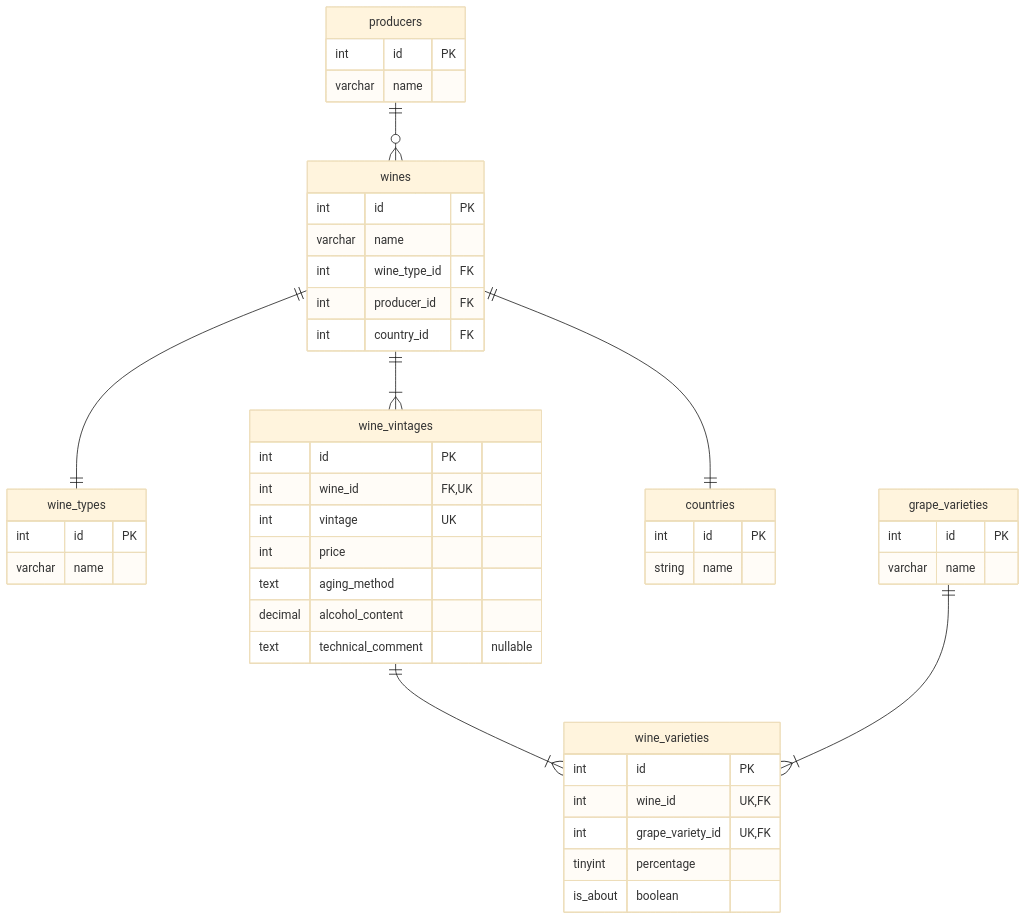
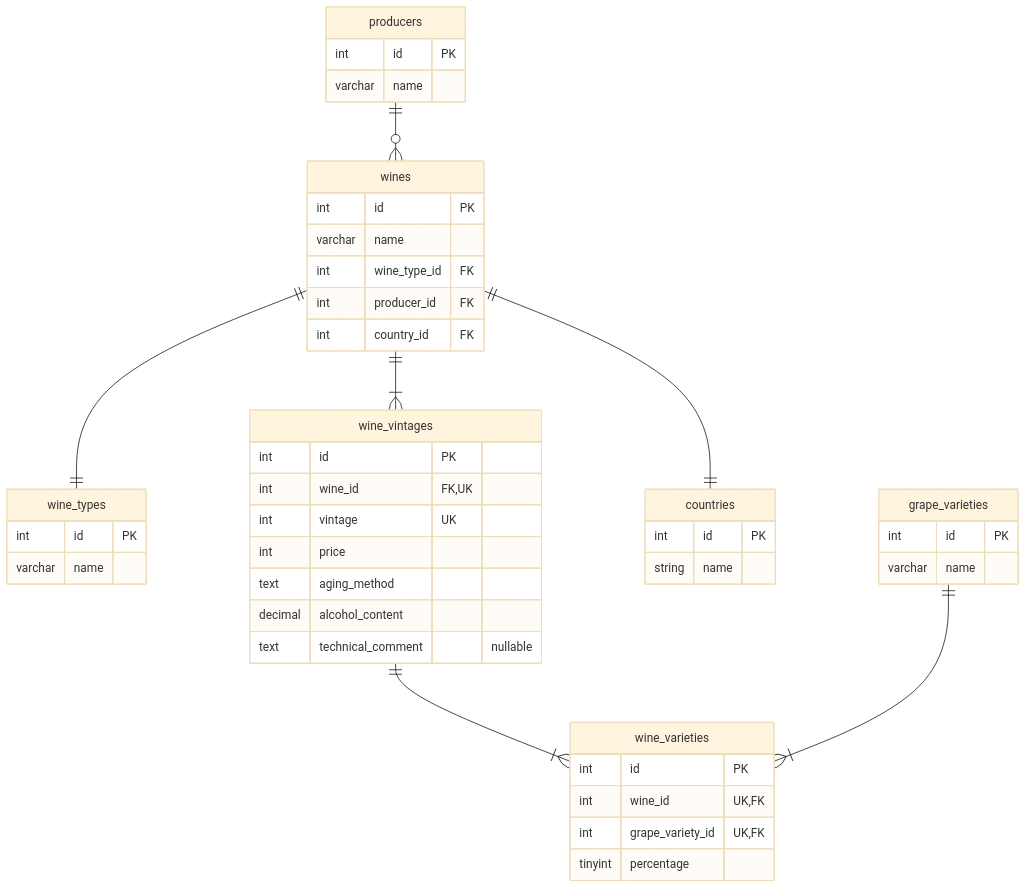
The diagram in api/architecture/er.md (cork03/tastingNote), drawn with Mermaid (base theme) before and after one commit. The commit also changed 7 other files, not shown here.

````diff
--- a/api/architecture/er.md
+++ b/api/architecture/er.md
@@ -1,56 +1,55 @@
 ```mermaid
 erDiagram
     producers {
         int id PK
         varchar name
     }
     
     wines {
         int id PK
         varchar name
         int wine_type_id FK
         int producer_id FK
         int country_id FK
     }
     
     wine_types {
         int id PK
         varchar name
     }
     
     wine_vintages {
         int id PK
         int wine_id FK,UK
         int vintage UK
         int price
         text aging_method
         decimal alcohol_content
         text technical_comment "nullable"
     }
     
     countries {
         int id PK
         string name
     }
     
     wine_varieties {
         int id PK
         int wine_id UK,FK
         int grape_variety_id UK,FK
         tinyint percentage
-        is_about boolean
     }
     
     grape_varieties {
         int id PK
         varchar name
     }
     
     
     producers ||--o{ wines : ""
     wines ||--|{ wine_vintages : ""
     wines ||--|| countries : ""
     wine_vintages ||--|{ wine_varieties : ""
     grape_varieties ||--|{ wine_varieties : ""
     wines ||--|| wine_types : ""
 ```
````
